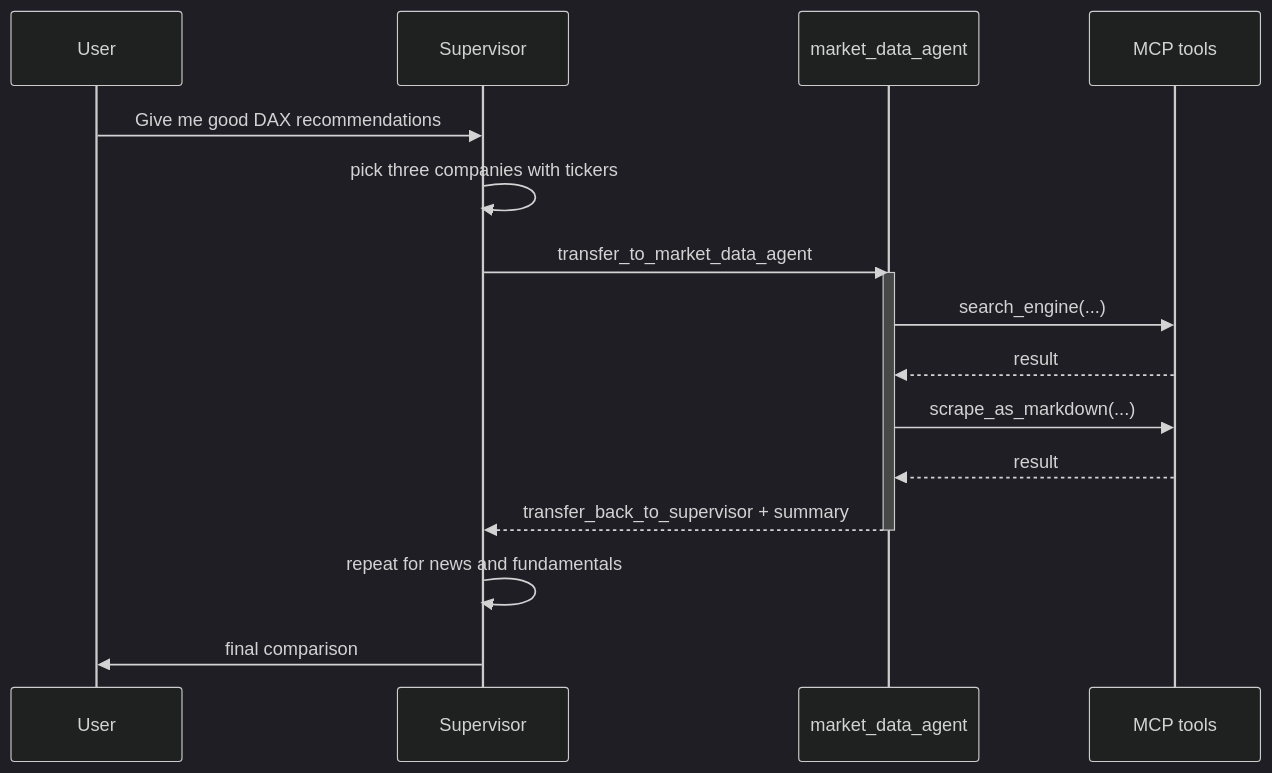
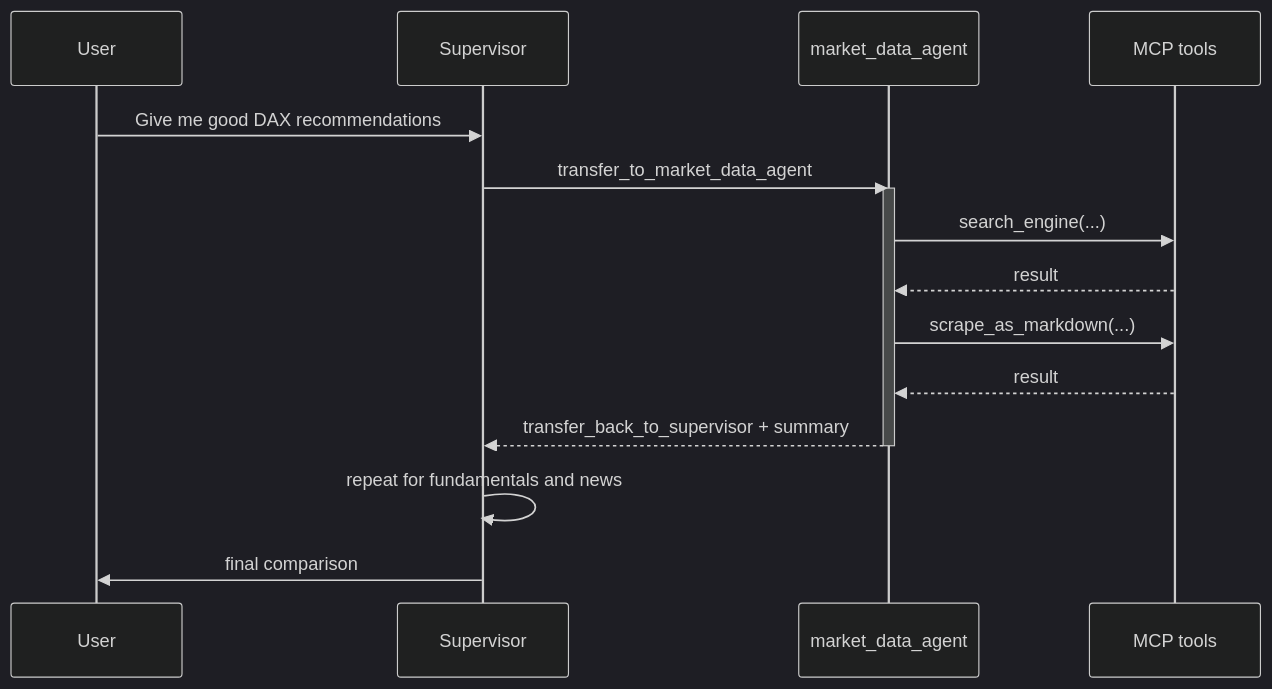
The fifth of 6 diagrams in README.md (sumionochi/MCP-Multi-Agents-and-Supervisor), drawn with Mermaid (dark theme) before and after one commit. The commit also changed other lines of this file, not shown here.

````diff
--- a/README.md
+++ b/README.md
@@ -143,20 +180,19 @@
 ```mermaid
 sequenceDiagram
     participant U as User
     participant S as Supervisor
     participant M as market_data_agent
     participant T as MCP tools
  
     U->>S: Give me good DAX recommendations
-    S->>S: pick three companies with tickers
     S->>M: transfer_to_market_data_agent
     activate M
     M->>T: search_engine(...)
     T-->>M: result
     M->>T: scrape_as_markdown(...)
     T-->>M: result
     M-->>S: transfer_back_to_supervisor + summary
     deactivate M
-    S->>S: repeat for news and fundamentals
+    S->>S: repeat for fundamentals and news
     S->>U: final comparison
 ```
````
